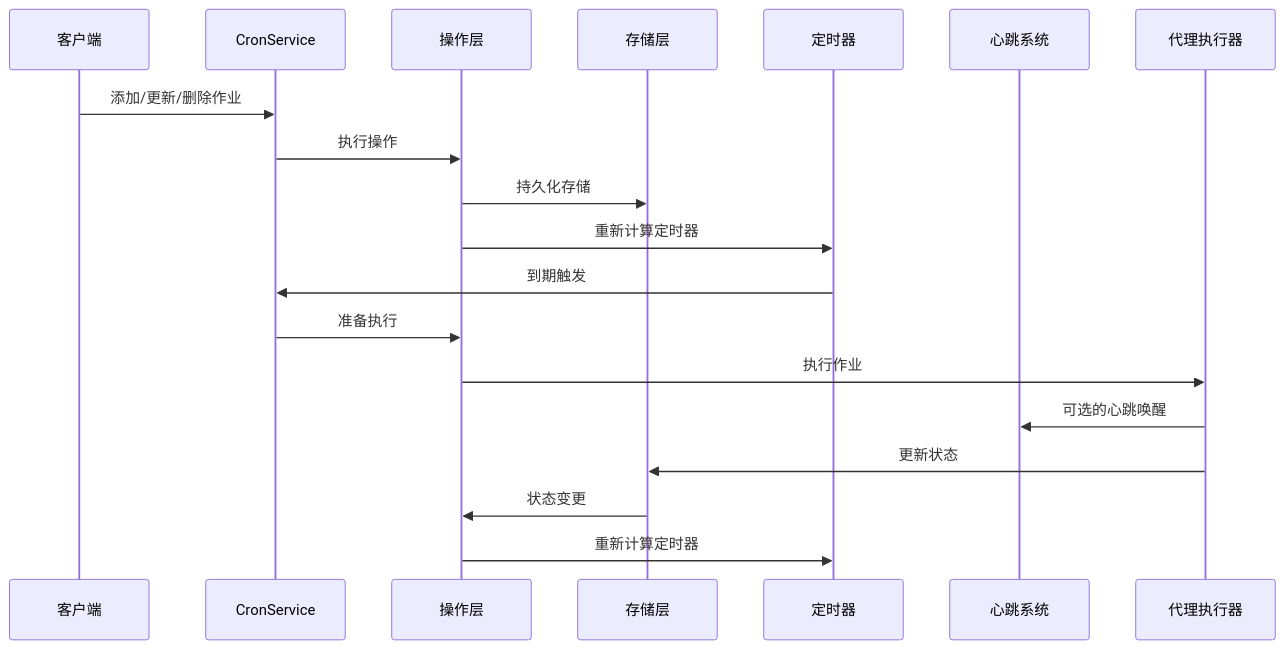
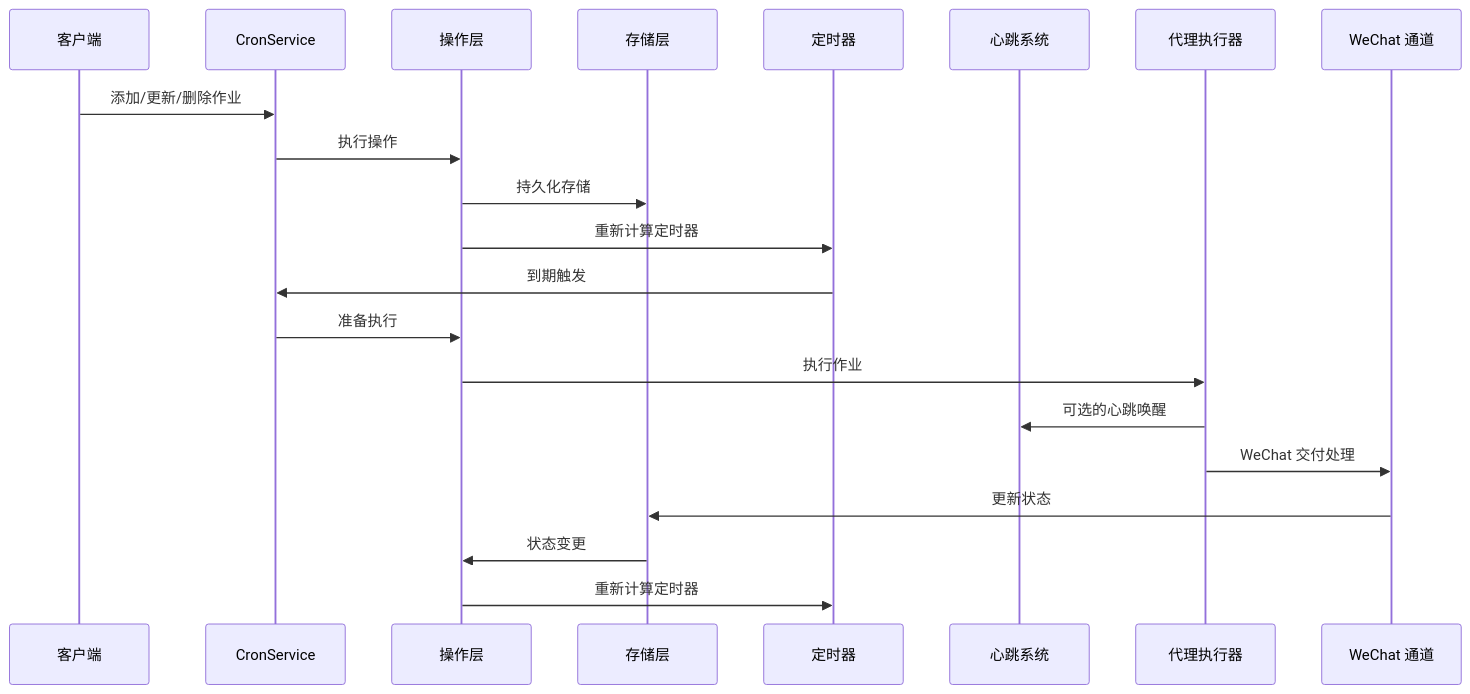
Before and after one commit to verse-ai-org/openclaw: the third of 7 diagrams in .qoder/repowiki/zh/content/Web界面/定时任务管理系统/定时任务文档.md, drawn with Mermaid. The commit also changed other lines of this file and 12 other files, not shown here.

````diff
--- a/.qoder/repowiki/zh/content/Web界面/定时任务管理系统/定时任务文档.md
+++ b/.qoder/repowiki/zh/content/Web界面/定时任务管理系统/定时任务文档.md
@@ -136,21 +170,23 @@
 ```mermaid
 sequenceDiagram
 participant Client as 客户端
 participant Service as CronService
 participant Ops as 操作层
 participant Store as 存储层
 participant Timer as 定时器
 participant Heartbeat as 心跳系统
 participant Agent as 代理执行器
+participant WeChat as WeChat 通道
 Client->>Service : 添加/更新/删除作业
 Service->>Ops : 执行操作
 Ops->>Store : 持久化存储
 Ops->>Timer : 重新计算定时器
 Timer->>Service : 到期触发
 Service->>Ops : 准备执行
 Ops->>Agent : 执行作业
 Agent->>Heartbeat : 可选的心跳唤醒
-Agent->>Store : 更新状态
+Agent->>WeChat : WeChat 交付处理
+WeChat->>Store : 更新状态
 Store->>Ops : 状态变更
 Ops->>Timer : 重新计算定时器
 ```
````
